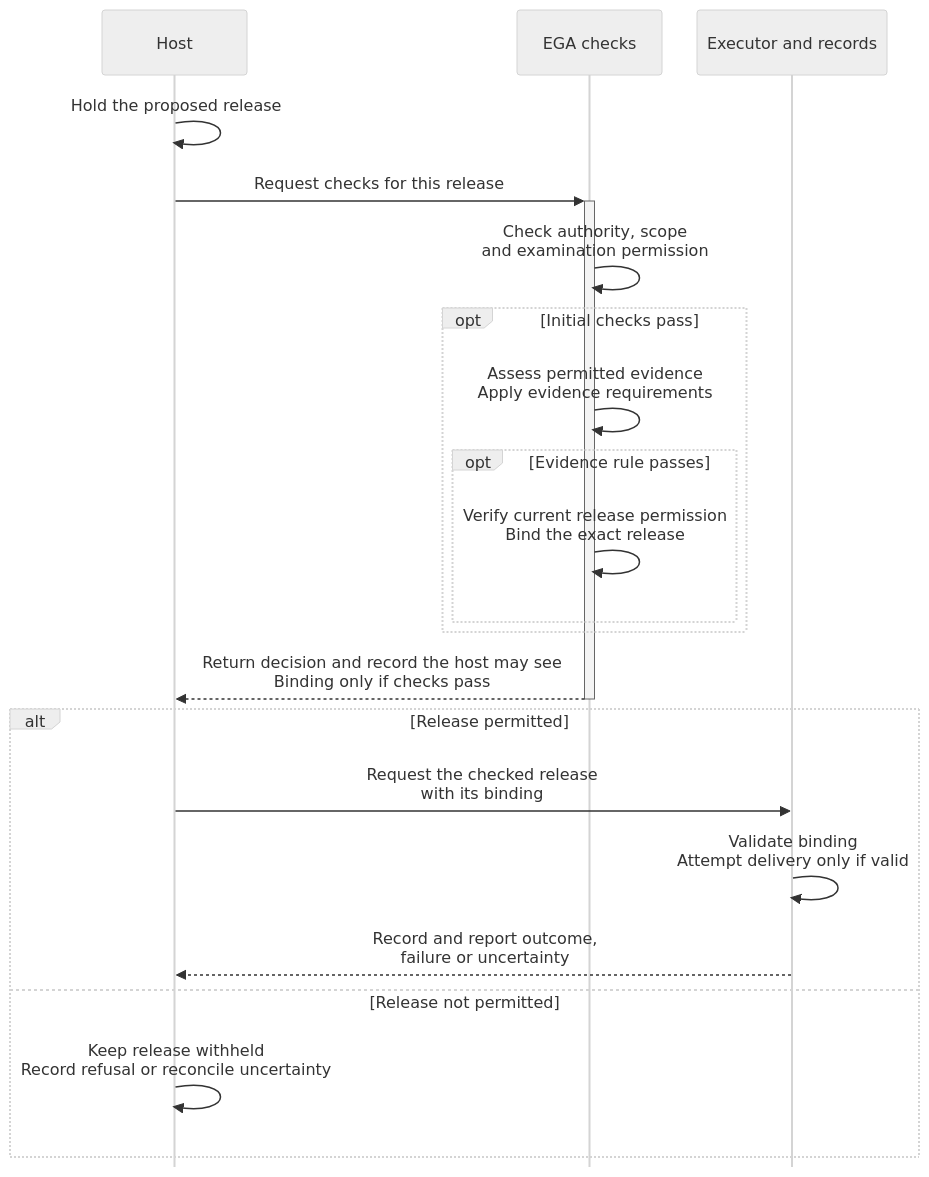
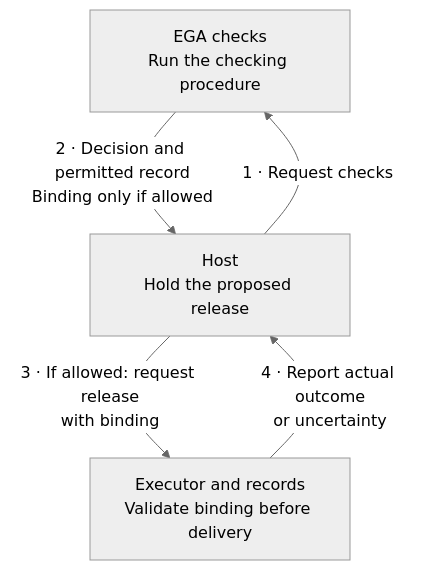
One commit to robertschaub/our-ai-charter changed the diagram in docs/Assurance/Concepts/evidence-gated-agents.md. Above: the diagram before and after it, drawn with Mermaid (neutral theme). The commit also changed other lines of this file and 3 other files, not shown here.

Commit message:
docs(ega): simplify public communication diagram and reading paths

````diff
--- a/docs/Assurance/Concepts/evidence-gated-agents.md
+++ b/docs/Assurance/Concepts/evidence-gated-agents.md
@@ -52,24 +58,10 @@
 ```mermaid
-%%{init: {"sequence": {"mirrorActors": false, "actorMargin": 35, "width": 145, "messageMargin": 30}}}%%
-sequenceDiagram
-    participant H as Host
-    participant G as EGA checks
-    participant X as Executor and records
-    H->>H: Hold the proposed release
-    H->>+G: Request checks for this release
-    G->>G: Check authority, scope<br/>and examination permission
-    opt Initial checks pass
-        G->>G: Assess permitted evidence<br/>Apply evidence requirements
-        opt Evidence rule passes
-            G->>G: Verify current release permission<br/>Bind the exact release
-        end
-    end
-    G-->>-H: Return decision and record the host may see<br/>Binding only if checks pass
-    alt Release permitted
-        H->>X: Request the checked release<br/>with its binding
-        X->>X: Validate binding<br/>Attempt delivery only if valid
-        X-->>H: Record and report outcome,<br/>failure or uncertainty
-    else Release not permitted
-        H->>H: Keep release withheld<br/>Record refusal or reconcile uncertainty
-    end
+flowchart TB
+    G["EGA checks<br/>Run the checking procedure"]
+    H["Host<br/>Hold the proposed release"]
+    X["Executor and records<br/>Validate binding before delivery"]
+    G -->|"2 · Decision and permitted record<br/>Binding only if allowed"| H
+    H -->|"1 · Request checks"| G
+    H -->|"3 · If allowed: request release<br/>with binding"| X
+    X -->|"4 · Report actual outcome<br/>or uncertainty"| H
 ```
````
